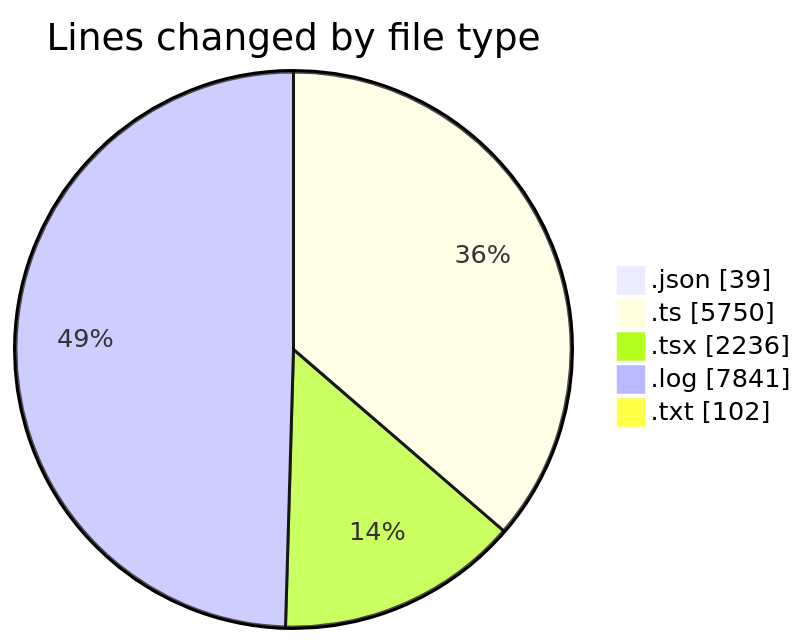
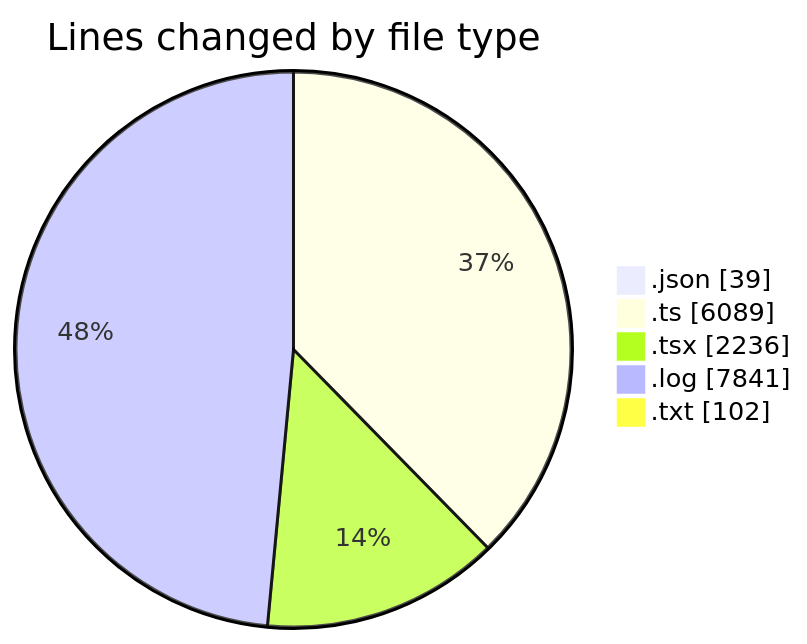
The first of 2 diagrams in 2025-09-13/napxuvn/README.md (lephambinh05/code-tracking), drawn with Mermaid before and after one commit. The commit also changed other lines of this file and 1 other file, not shown here.

````diff
--- a/2025-09-13/napxuvn/README.md
+++ b/2025-09-13/napxuvn/README.md
@@ -64,9 +65,9 @@
 ```mermaid
 pie showData
 title Lines changed by file type
 ".json" : 39
-".ts" : 5750
+".ts" : 6089
 ".tsx" : 2236
 ".log" : 7841
 ".txt" : 102
 ```
````
